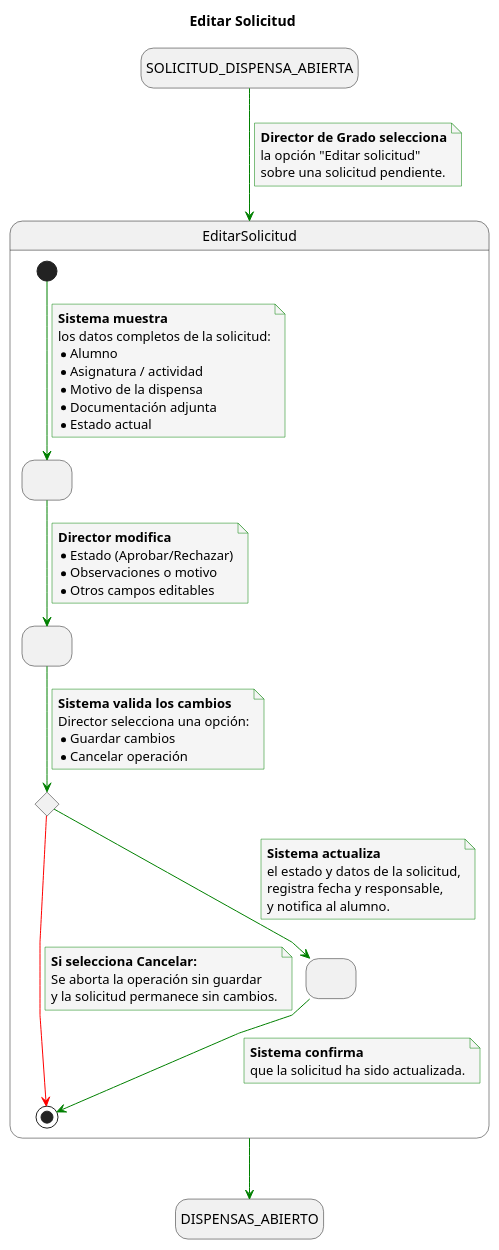
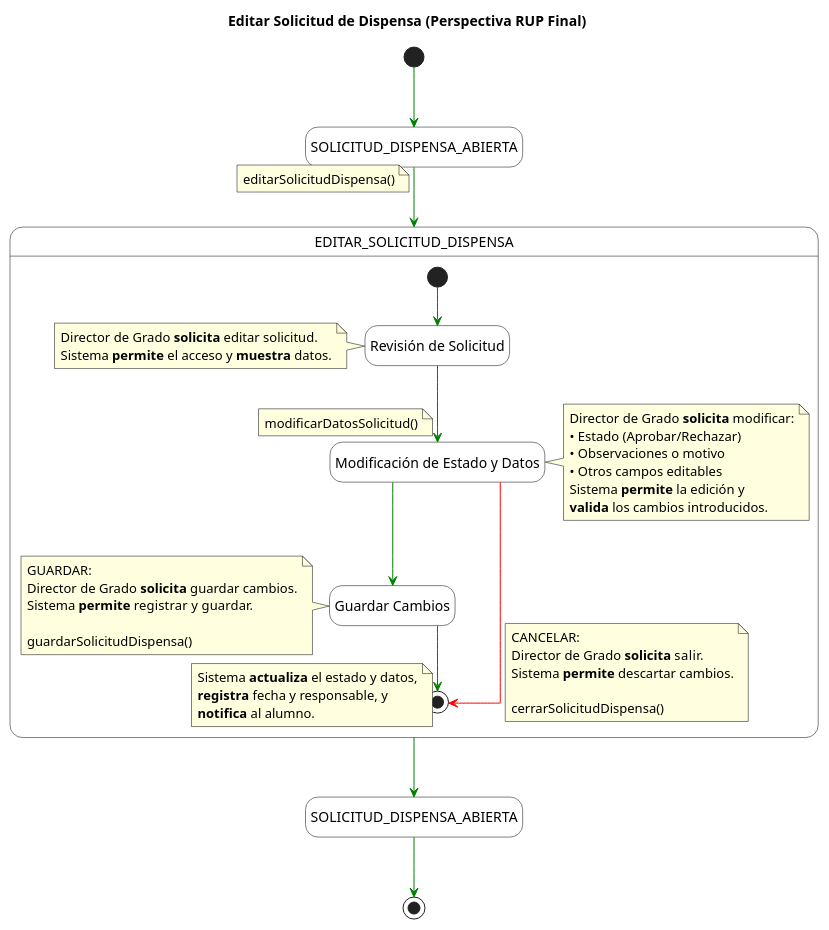
Before and after one commit to enmabry/25-26-IdSw1-SdR: the diagram in documents/CasosDeUso/DetalladoCasosDeUso/DirectorDeGrado/EditarSolicitud.puml, drawn with PlantUML. The commit also changed 2 other files, not shown here.

Commit message:
Mejora del Detallado del CdU EditarSolicitudDispensa

```diff
--- a/documents/CasosDeUso/DetalladoCasosDeUso/DirectorDeGrado/EditarSolicitud.puml
+++ b/documents/CasosDeUso/DetalladoCasosDeUso/DirectorDeGrado/EditarSolicitud.puml
@@ -1,81 +1,81 @@
 @startuml
-title Editar Solicitud
+title Editar Solicitud de Dispensa (Perspectiva RUP Final)
 
 skinparam {
-    NoteBackgroundColor #whiteSmoke
-    ArrowColor #green
-    NoteBorderColor #green
-    linetype polyline
+    StateBackgroundColor white
+    StateBorderColor black
+    NoteBackgroundColor lightyellow
+    NoteBorderColor black
+    ArrowColor green
+    linetype ortho
 }
 
 hide empty description
 
-state startState as "SOLICITUD_DISPENSA_ABIERTA"
-state endState as "DISPENSAS_ABIERTO"
+state "SOLICITUD_DISPENSA_ABIERTA" as startState <<sdlreceive>>
+state "SOLICITUD_DISPENSA_ABIERTA" as endState <<sdlreceive>>
 
-startState --> EditarSolicitud
+[*] -[#green]-> startState
+
+startState -[#green]-> EDITAR_SOLICITUD_DISPENSA
 note on link
-    <b>Director de Grado selecciona</b>
-    la opción "Editar solicitud"
-    sobre una solicitud pendiente.
+    editarSolicitudDispensa()
 end note
 
-state EditarSolicitud {
-    state RevisarSolicitud as " "
-    state ModificarEstadoYDatos as " "
-    state FinalizarOpciones <<choice>>
-
-    [*] --> RevisarSolicitud
+state EDITAR_SOLICITUD_DISPENSA {
+    [*] -[#green]-> RevisarSolicitud
+    
+    state "Revisión de Solicitud" as RevisarSolicitud <<sdlreceive>>
+    note left of RevisarSolicitud
+        Director de Grado <b>solicita</b> editar solicitud.
+        Sistema <b>permite</b> el acceso y <b>muestra</b> datos.
+    end note
+    
+    RevisarSolicitud -[#green]-> ModificarEstadoYDatos
     note on link
-        <b>Sistema muestra</b>
-        los datos completos de la solicitud:
-        * Alumno
-        * Asignatura / actividad
-        * Motivo de la dispensa
-        * Documentación adjunta
-        * Estado actual
+        modificarDatosSolicitud()
     end note
-
-    RevisarSolicitud --> ModificarEstadoYDatos
+    
+    state "Modificación de Estado y Datos" as ModificarEstadoYDatos <<sdlreceive>>
+    note right of ModificarEstadoYDatos
+        Director de Grado <b>solicita</b> modificar:
+        • Estado (Aprobar/Rechazar)
+        • Observaciones o motivo
+        • Otros campos editables
+        Sistema <b>permite</b> la edición y
+        <b>valida</b> los cambios introducidos.
+    end note
+    
+    ModificarEstadoYDatos -[#green]-> GuardarCambios
+    
+    state "Guardar Cambios" as GuardarCambios <<sdlreceive>>
+    note left of GuardarCambios
+        GUARDAR:
+        Director de Grado <b>solicita</b> guardar cambios.
+        Sistema <b>permite</b> registrar y guardar.
+        
+        guardarSolicitudDispensa()
+    end note
+    
+    GuardarCambios -[#green]-> [*]
     note on link
-        <b>Director modifica</b>
-        * Estado (Aprobar/Rechazar)
-        * Observaciones o motivo
-        * Otros campos editables
+        Sistema <b>actualiza</b> el estado y datos,
+        <b>registra</b> fecha y responsable, y
+        <b>notifica</b> al alumno.
     end note
-
-    ModificarEstadoYDatos --> FinalizarOpciones
+    
+    ModificarEstadoYDatos -[#red]-> [*]
     note on link
-        <b>Sistema valida los cambios</b>
-        Director selecciona una opción:
-        * Guardar cambios
-        * Cancelar operación
-    end note
-
-    FinalizarOpciones -[#red]-> [*]
-    note on link
-        <b>Si selecciona Cancelar:</b>
-        Se aborta la operación sin guardar
-        y la solicitud permanece sin cambios.
-    end note
-
-    FinalizarOpciones --> GuardarCambios
-
-    state GuardarCambios as " "
-    note on link
-        <b>Sistema actualiza</b>
-        el estado y datos de la solicitud,
-        registra fecha y responsable,
-        y notifica al alumno.
-    end note
-
-    GuardarCambios --> [*]
-    note on link
-        <b>Sistema confirma</b>
-        que la solicitud ha sido actualizada.
+        CANCELAR:
+        Director de Grado <b>solicita</b> salir.
+        Sistema <b>permite</b> descartar cambios.
+        
+        cerrarSolicitudDispensa()
     end note
 }
 
-EditarSolicitud --> endState
+EDITAR_SOLICITUD_DISPENSA -[#green]-> endState
+
+endState -[#green]-> [*]
 
 @enduml
```
